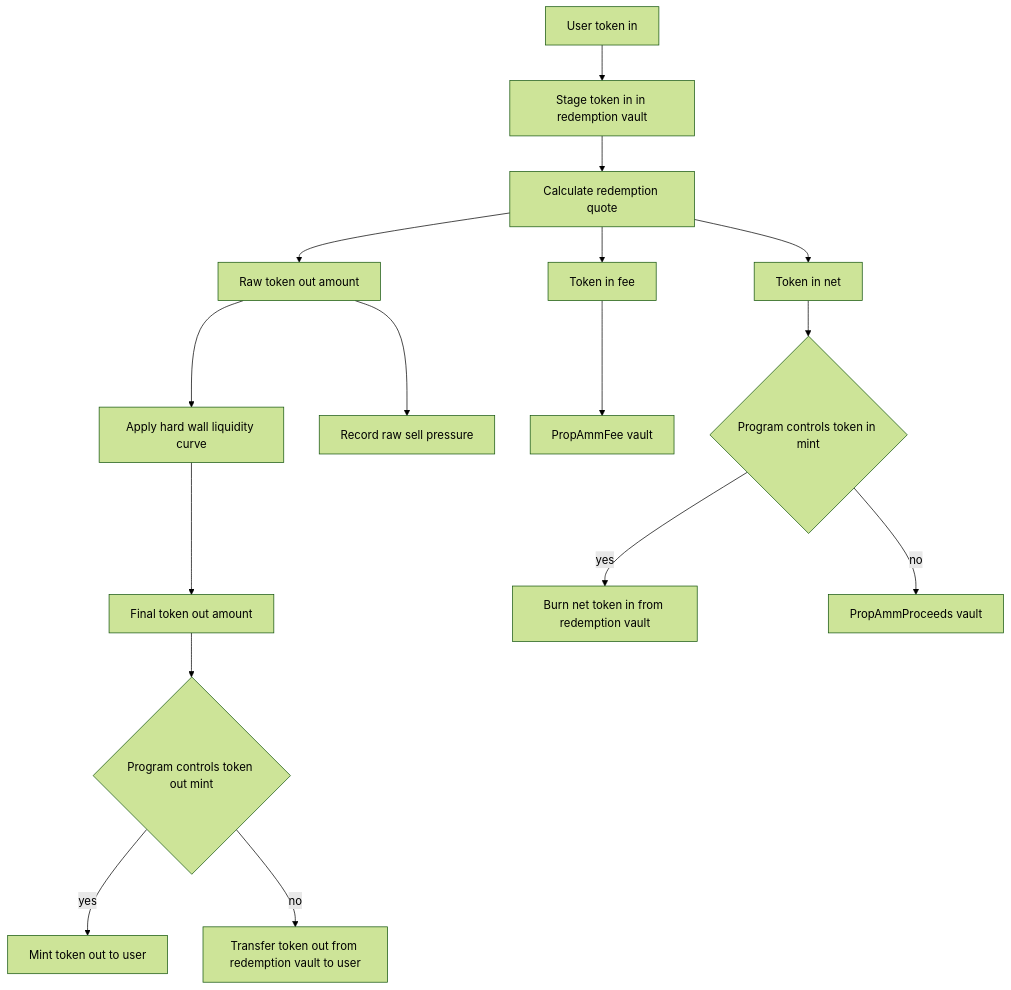
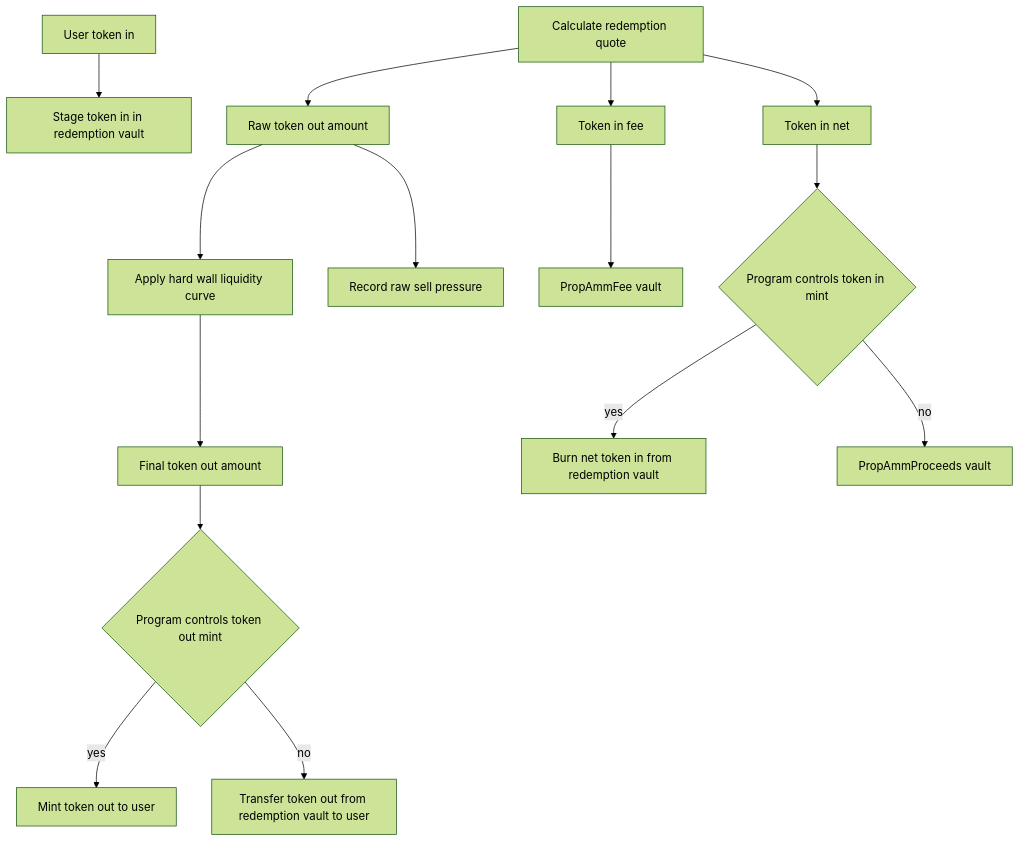
Before and after one commit to talllo/onre-sol-fuzz: the eighth of 8 diagrams in docs/TOKEN_FLOW_ROUTING.md, drawn with Mermaid (forest theme). The commit also changed other lines of this file and 6 other files, not shown here.

````diff
--- a/docs/TOKEN_FLOW_ROUTING.md
+++ b/docs/TOKEN_FLOW_ROUTING.md
@@ -211,22 +212,22 @@
 ```mermaid
 flowchart TD
-    UserIn[User token in] --> Stage[Stage token in in redemption vault]
-    Stage --> Calc[Calculate redemption quote]
+    Calc[Calculate redemption quote]
     Calc --> RawOut[Raw token out amount]
     RawOut --> Wall[Apply hard wall liquidity curve]
     Wall --> FinalOut[Final token out amount]
     RawOut --> RecordSell[Record raw sell pressure]
+    UserIn[User token in] --> Stage[Stage token in in redemption vault]
 
     Calc --> Fee[Token in fee]
     Calc --> Net[Token in net]
 
     Fee --> AmmFee[PropAmmFee vault]
 
     Net --> InMintMode{Program controls token in mint}
     InMintMode -- yes --> Burn[Burn net token in from redemption vault]
     InMintMode -- no --> AmmProceeds[PropAmmProceeds vault]
 
     FinalOut --> OutMintMode{Program controls token out mint}
     OutMintMode -- yes --> Mint[Mint token out to user]
     OutMintMode -- no --> Pay[Transfer token out from redemption vault to user]
 ```
````
